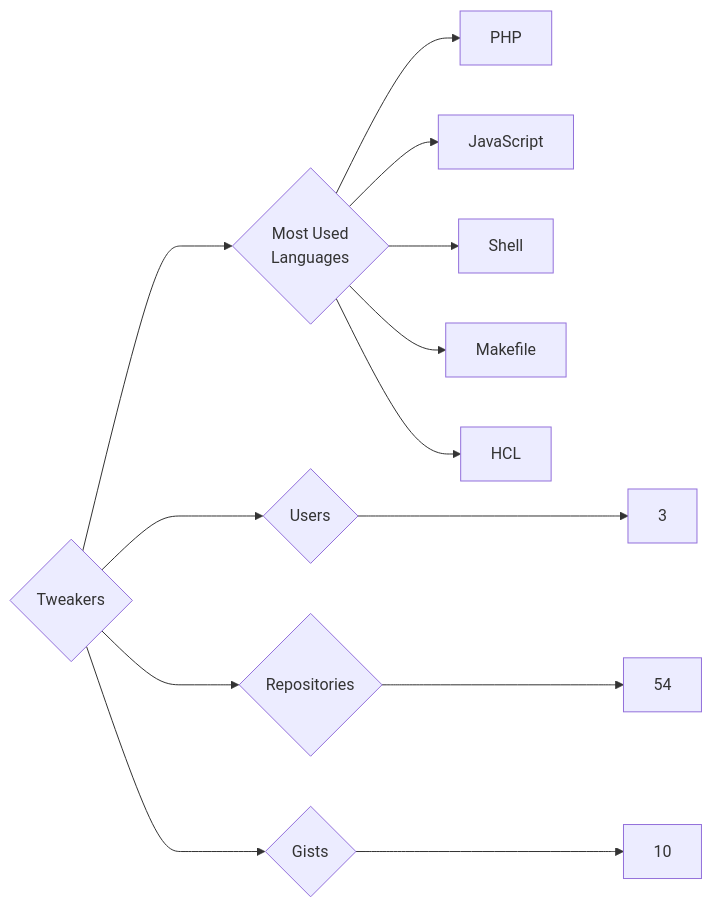
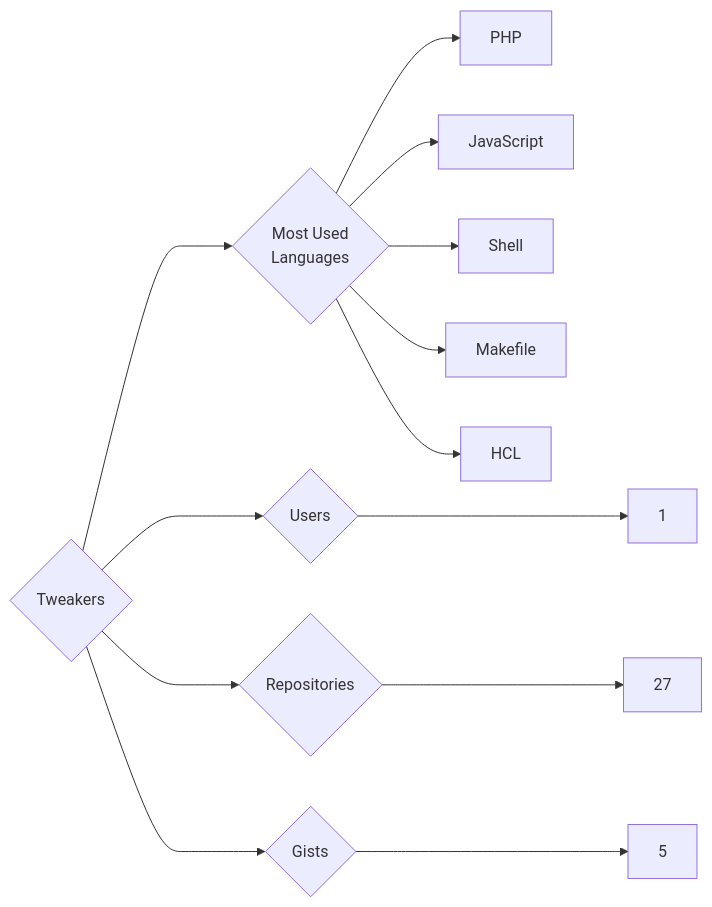
The diagram in targets/Tweakers/README.md (trickest/insiders), drawn with Mermaid before and after one commit. The commit also changed 964 other files, not shown here.

````diff
--- a/targets/Tweakers/README.md
+++ b/targets/Tweakers/README.md
@@ -3,13 +3,13 @@
 ```mermaid
 graph LR
 COMPANY_NAME{Tweakers}
-COMPANY_NAME ---> U{Users} ---> UN[3]
-COMPANY_NAME ---> R{Repositories} ---> RN[54]
-COMPANY_NAME ---> G{Gists} ---> GN[10]
+COMPANY_NAME ---> U{Users} ---> UN[1]
+COMPANY_NAME ---> R{Repositories} ---> RN[27]
+COMPANY_NAME ---> G{Gists} ---> GN[5]
 COMPANY_NAME ---> ML{Most Used<br>Languages}
 ML --> PHP[PHP]
 ML --> JavaScript[JavaScript]
 ML --> Shell[Shell]
 ML --> Makefile[Makefile]
 ML --> HCL[HCL]
 ```
````
